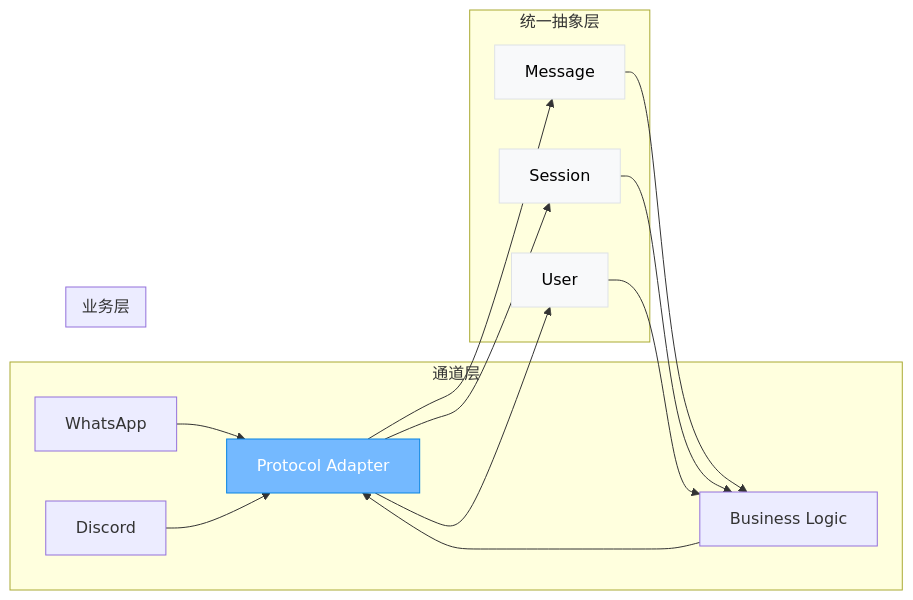
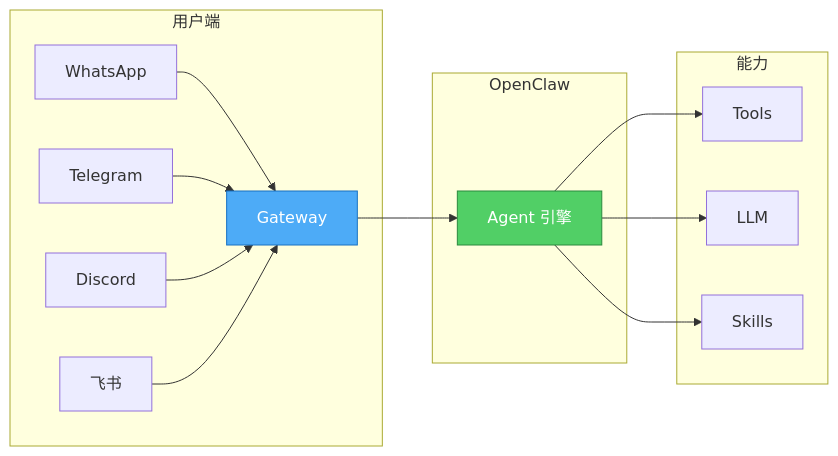
Before and after one commit to FreezeSoul/freezesoul.github.com: the second of 9 diagrams in _posts/2026-03-01-openclaw-agent-gateway.md, drawn with Mermaid. The commit also changed other lines of this file, not shown here.

Commit message:
feat: 重写 OpenClaw 架构文章（Agent 核心 + B/C 端对比）

````diff
--- a/_posts/2026-03-01-openclaw-agent-gateway.md
+++ b/_posts/2026-03-01-openclaw-agent-gateway.md
@@ -135,25 +74,22 @@
 ```mermaid
 graph LR
-    subgraph 通道层
-        A[WhatsApp] --> P[Protocol Adapter]
-        B[Telegram] --> P
-        C[Discord] --> P
+    subgraph 用户端
+        A[WhatsApp] --> G[Gateway]
+        B[Telegram] --> G
+        C[Discord] --> G
+        D[飞书] --> G
     end
     
-    subgraph 统一抽象层
-        P --> M[Message]
-        P --> S[Session]
-        P --> U[User]
+    subgraph OpenClaw
+        G --> Agent[Agent 引擎]
     end
     
-    subgraph 业务层
-        M --> B[Business Logic]
-        S --> B
-        U --> B
+    subgraph 能力
+        Agent --> T[Tools]
+        Agent --> LLM[LLM]
+        Agent --> S[Skills]
     end
     
-    style P fill:#74b9ff,stroke:#0984e3,color:#fff
-    style M fill:#f8f9fa,stroke:#dee2e6,color:#000
-    style S fill:#f8f9fa,stroke:#dee2e6,color:#000
-    style U fill:#f8f9fa,stroke:#dee2e6,color:#000
+    style G fill:#4dabf7,stroke:#1971c2,color:#fff
+    style Agent fill:#51cf66,stroke:#2b8a3e,color:#fff
 ```
````
